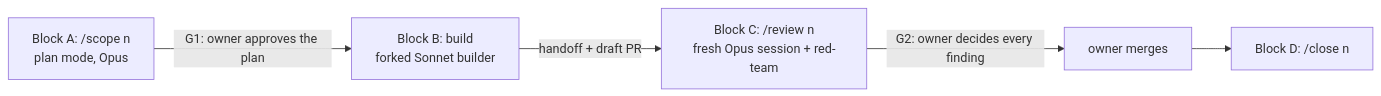
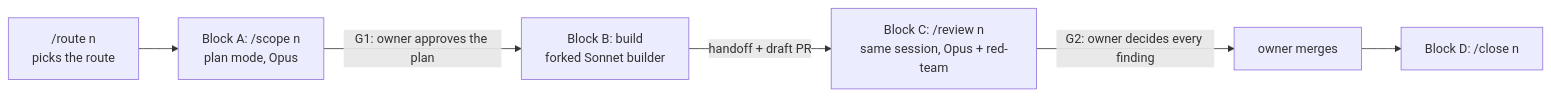
One commit to MatheusCastro99/ProdHarnessConfig changed the diagram in Docs/01-workflow.md. Above: the diagram before and after it, drawn with Mermaid. The commit also changed other lines of this file and 8 other files, not shown here.

````diff
--- a/Docs/01-workflow.md
+++ b/Docs/01-workflow.md
@@ -5,7 +5,8 @@
 ```mermaid
 flowchart LR
+  R["/route n<br/>picks the route"] --> A
   A["Block A: /scope n<br/>plan mode, Opus"] -->|G1: owner approves the plan| B["Block B: build<br/>forked Sonnet builder"]
-  B -->|handoff + draft PR| C["Block C: /review n<br/>fresh Opus session + red-team"]
+  B -->|handoff + draft PR| C["Block C: /review n<br/>same session, Opus + red-team"]
   C -->|G2: owner decides every finding| M["owner merges"]
   M --> D["Block D: /close n"]
 ```
````
